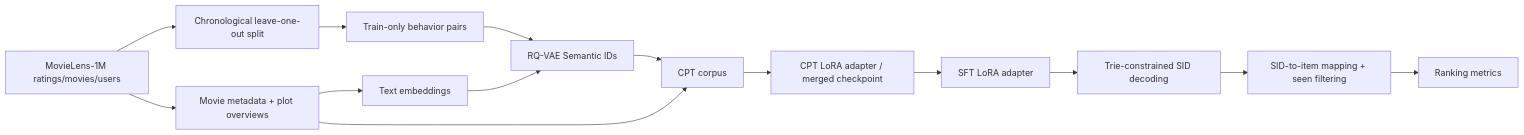
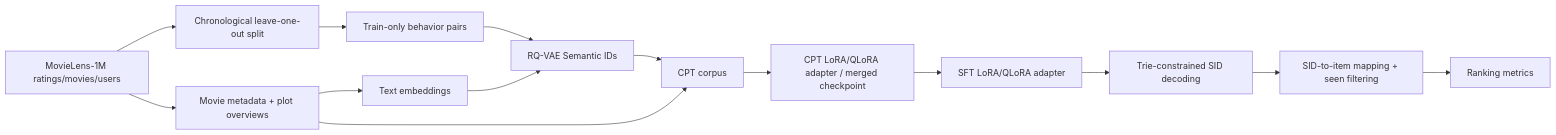
Before and after one commit to nikonhovzunov/plum-ml1m-repro: the diagram in docs/PIPELINE.md, drawn with Mermaid. The commit also changed other lines of this file and 72 other files, not shown here.

````diff
--- a/docs/PIPELINE.md
+++ b/docs/PIPELINE.md
@@ -3,16 +3,16 @@
 ```mermaid
 flowchart LR
     A["MovieLens-1M ratings/movies/users"] --> B["Chronological leave-one-out split"]
     A --> C["Movie metadata + plot overviews"]
     C --> D["Text embeddings"]
     B --> E["Train-only behavior pairs"]
     D --> F["RQ-VAE Semantic IDs"]
     E --> F
     F --> G["CPT corpus"]
     C --> G
-    G --> H["CPT LoRA adapter / merged checkpoint"]
-    H --> I["SFT LoRA adapter"]
+    G --> H["CPT LoRA/QLoRA adapter / merged checkpoint"]
+    H --> I["SFT LoRA/QLoRA adapter"]
     I --> J["Trie-constrained SID decoding"]
     J --> K["SID-to-item mapping + seen filtering"]
     K --> L["Ranking metrics"]
 ```
````
